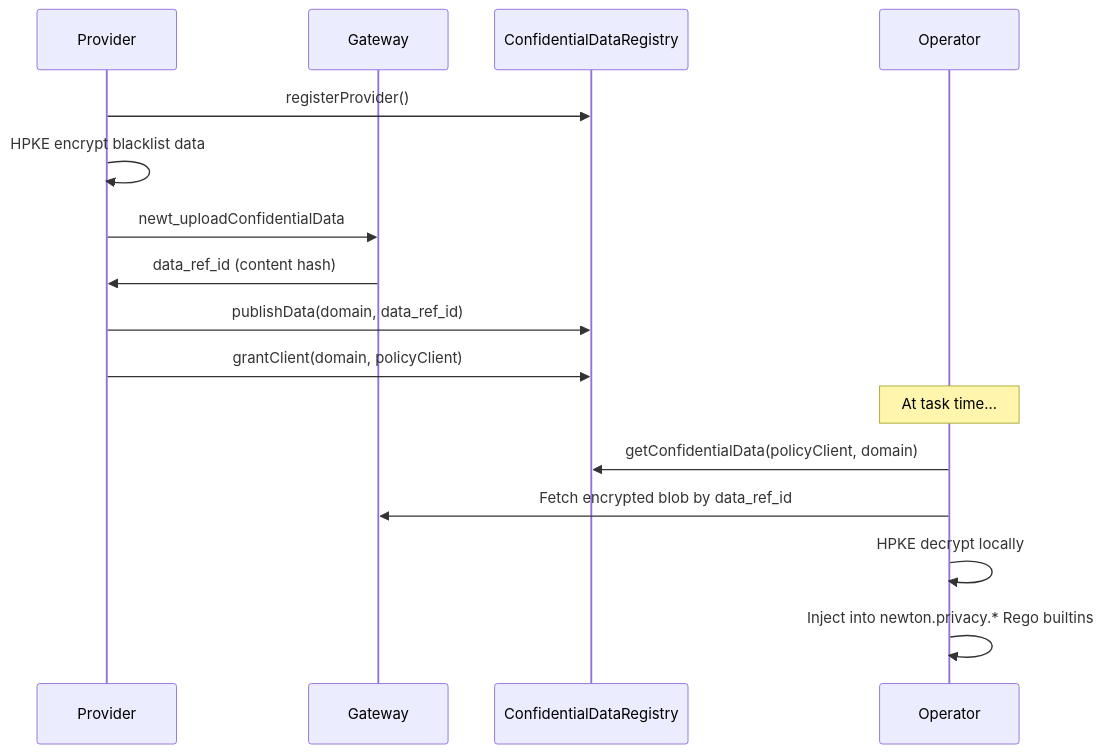
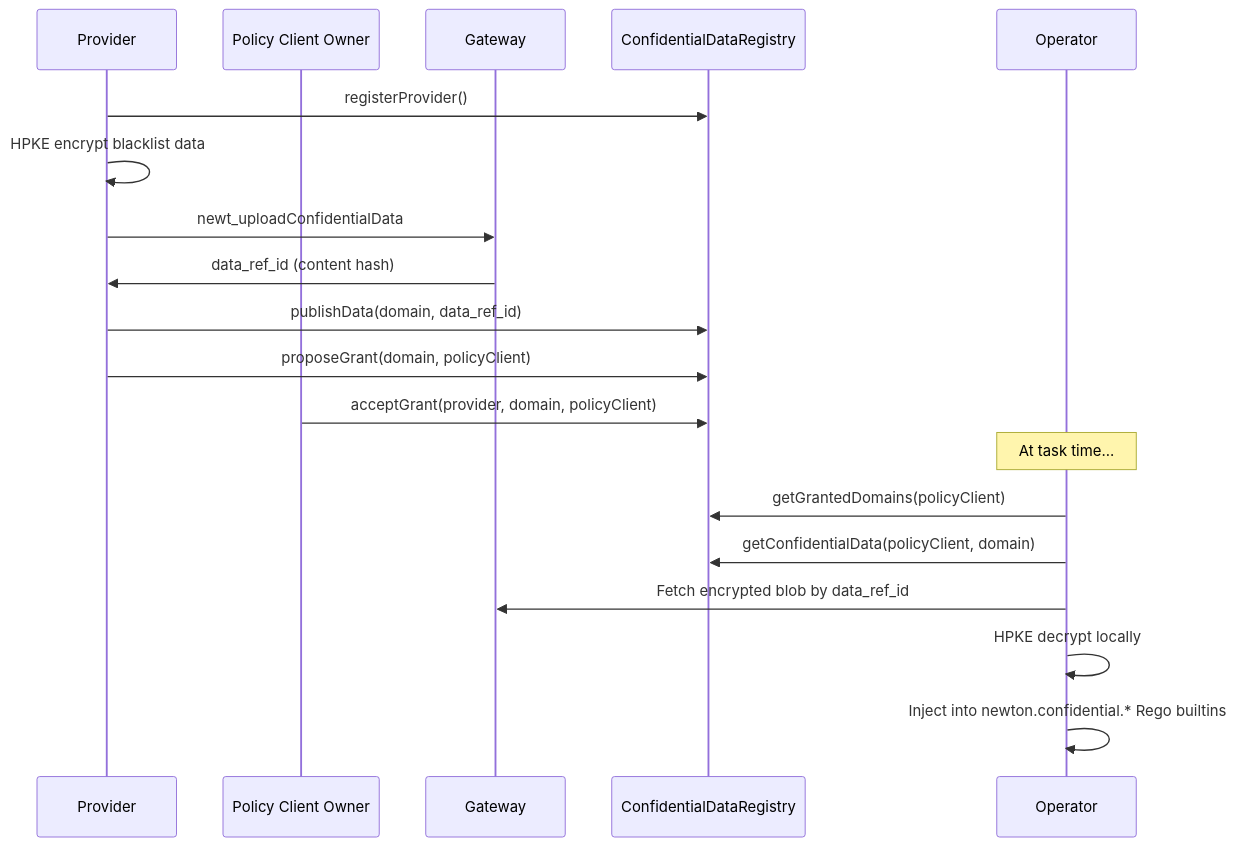
One commit to newt-foundation/newton-sdk changed the second of 2 diagrams in site/src/pages/developers/guides/privacy-flows.mdx. Above: the diagram before and after it, drawn with Mermaid. The commit also changed other lines of this file and 10 other files, not shown here.

````diff
--- a/site/src/pages/developers/guides/privacy-flows.mdx
+++ b/site/src/pages/developers/guides/privacy-flows.mdx
@@ -115,19 +115,22 @@
 ```mermaid
 sequenceDiagram
     participant P as Provider
+    participant W as Policy Client Owner
     participant G as Gateway
     participant C as ConfidentialDataRegistry
     participant O as Operator
 
     P->>C: registerProvider()
     P->>P: HPKE encrypt blacklist data
     P->>G: newt_uploadConfidentialData
     G->>P: data_ref_id (content hash)
     P->>C: publishData(domain, data_ref_id)
-    P->>C: grantClient(domain, policyClient)
+    P->>C: proposeGrant(domain, policyClient)
+    W->>C: acceptGrant(provider, domain, policyClient)
     Note over O: At task time...
+    O->>C: getGrantedDomains(policyClient)
     O->>C: getConfidentialData(policyClient, domain)
     O->>G: Fetch encrypted blob by data_ref_id
     O->>O: HPKE decrypt locally
-    O->>O: Inject into newton.privacy.* Rego builtins
+    O->>O: Inject into newton.confidential.* Rego builtins
 ```
````
